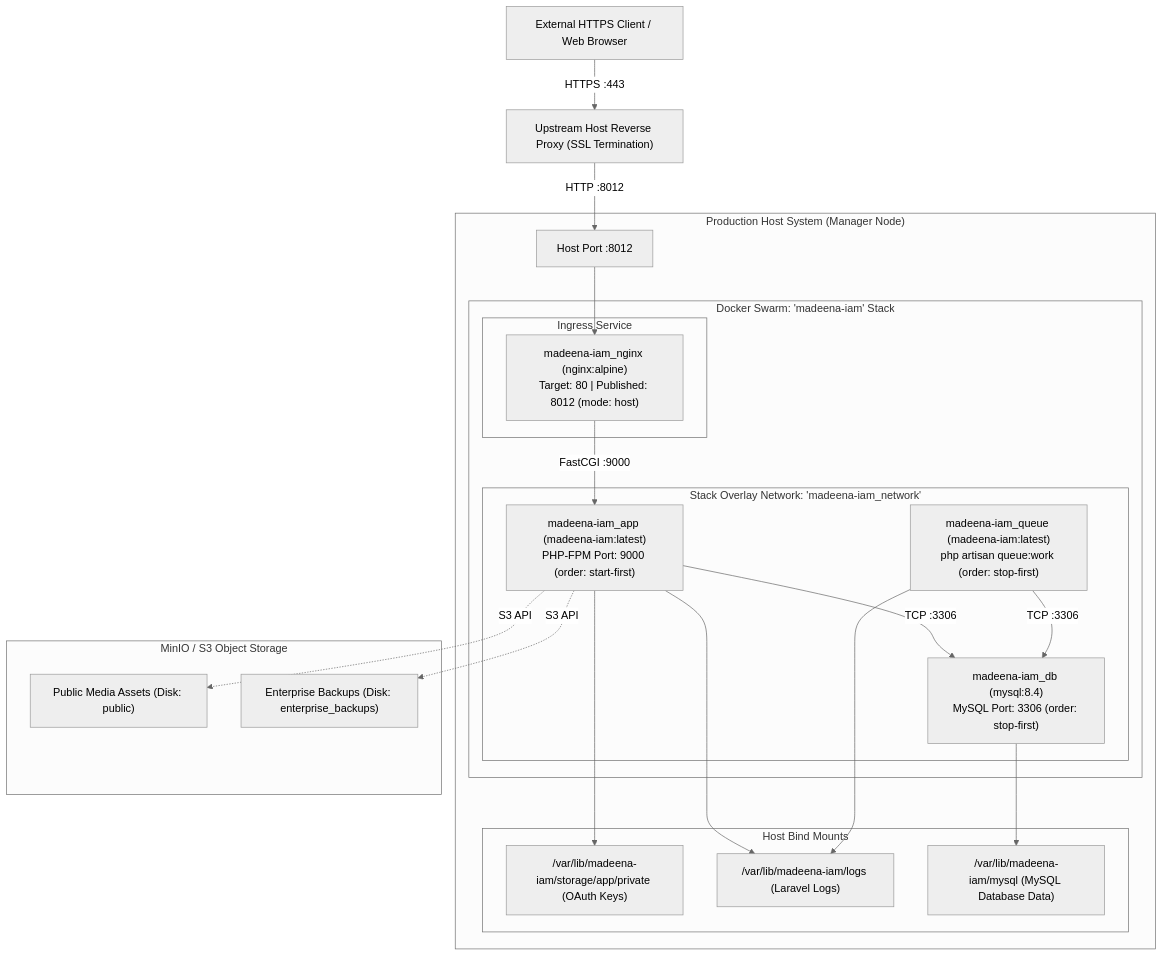
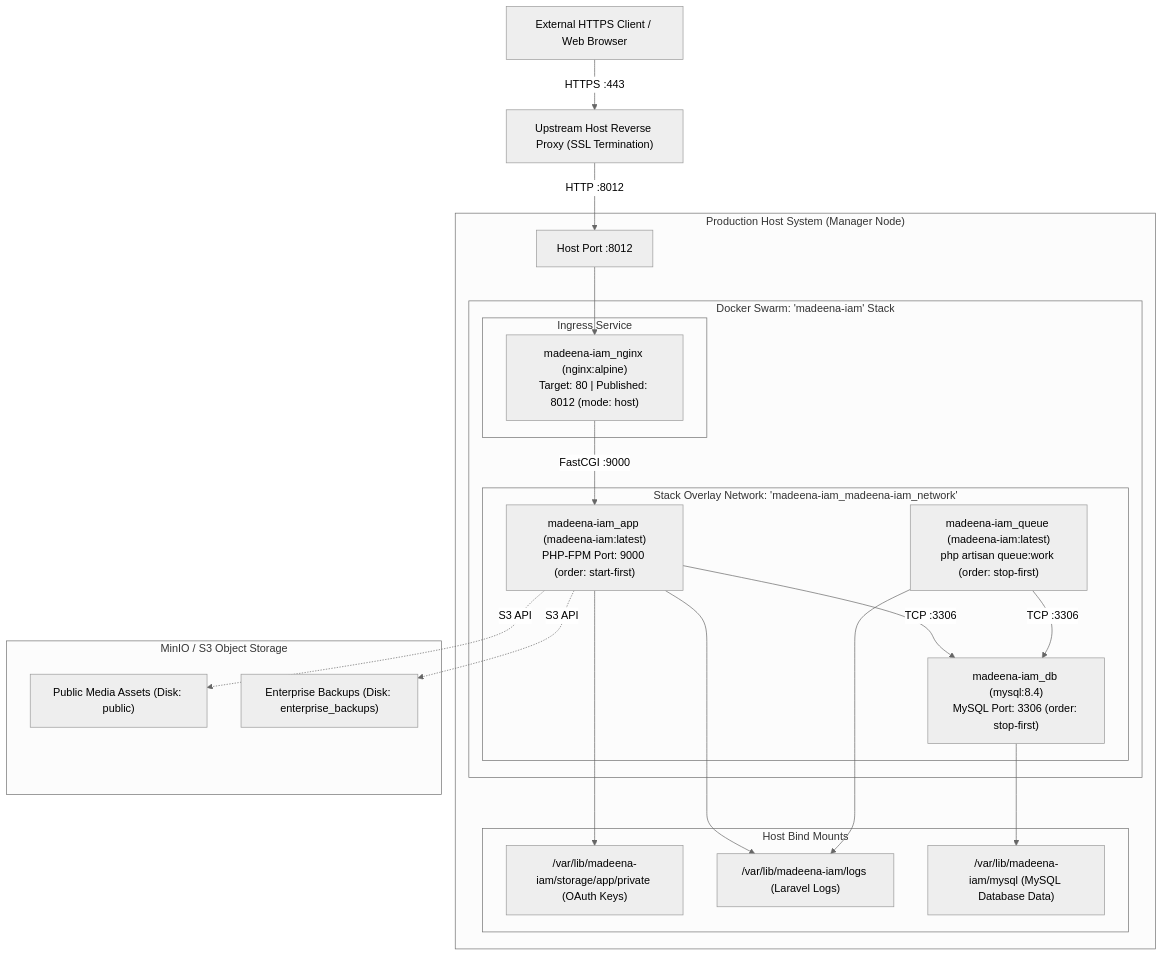
Before and after one commit to Madeena-software/madeena-iam: the diagram in docs/production-architecture.md, drawn with Mermaid (neutral theme). The commit also changed other lines of this file and 3 other files, not shown here.

````diff
--- a/docs/production-architecture.md
+++ b/docs/production-architecture.md
@@ -71,45 +72,45 @@
 ```mermaid
 flowchart TD
     Client["External HTTPS Client / Web Browser"]
     UpstreamProxy["Upstream Host Reverse Proxy (SSL Termination)"]
 
     subgraph Host ["Production Host System (Manager Node)"]
         HostPort["Host Port :8012"]
 
         subgraph Swarm ["Docker Swarm: 'madeena-iam' Stack"]
             subgraph Ingress ["Ingress Service"]
                 NginxSvc["madeena-iam_nginx (nginx:alpine)\nTarget: 80 | Published: 8012 (mode: host)"]
             end
 
-            subgraph Overlay ["Stack Overlay Network: 'madeena-iam_network'"]
+            subgraph Overlay ["Stack Overlay Network: 'madeena-iam_madeena-iam_network'"]
                 AppSvc["madeena-iam_app (madeena-iam:latest)\nPHP-FPM Port: 9000 (order: start-first)"]
                 QueueSvc["madeena-iam_queue (madeena-iam:latest)\nphp artisan queue:work (order: stop-first)"]
                 DbSvc["madeena-iam_db (mysql:8.4)\nMySQL Port: 3306 (order: stop-first)"]
             end
         end
 
         subgraph HostStorage ["Host Bind Mounts"]
             StorageApp["/var/lib/madeena-iam/storage/app/private (OAuth Keys)"]
             StorageLogs["/var/lib/madeena-iam/logs (Laravel Logs)"]
             MysqlData["/var/lib/madeena-iam/mysql (MySQL Database Data)"]
         end
     end
 
     subgraph ObjectStorage ["MinIO / S3 Object Storage"]
         S3Public["Public Media Assets (Disk: public)"]
         S3Backup["Enterprise Backups (Disk: enterprise_backups)"]
     end
 
     Client -->|HTTPS :443| UpstreamProxy
     UpstreamProxy -->|HTTP :8012| HostPort
     HostPort --> NginxSvc
     NginxSvc -->|FastCGI :9000| AppSvc
     AppSvc -->|TCP :3306| DbSvc
     QueueSvc -->|TCP :3306| DbSvc
     AppSvc --> StorageApp
     AppSvc --> StorageLogs
     QueueSvc --> StorageLogs
     DbSvc --> MysqlData
     AppSvc -.->|S3 API| S3Public
     AppSvc -.->|S3 API| S3Backup
 ```
````
